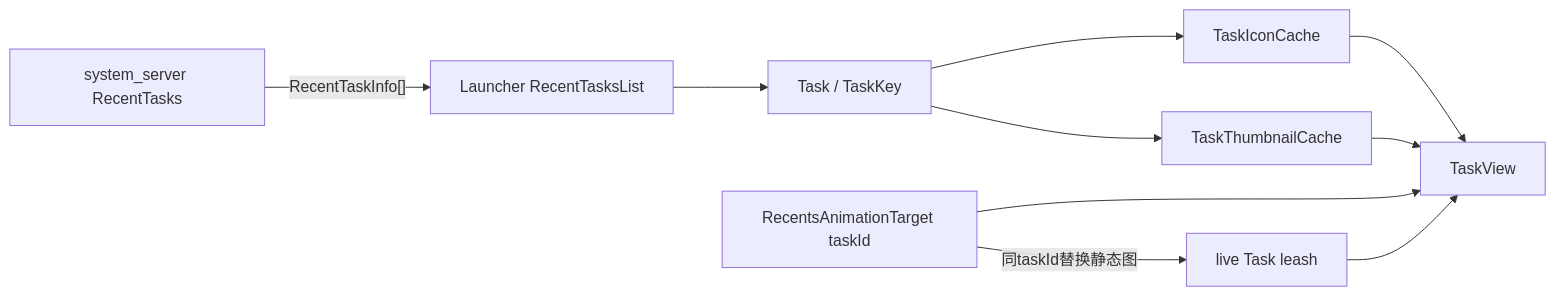
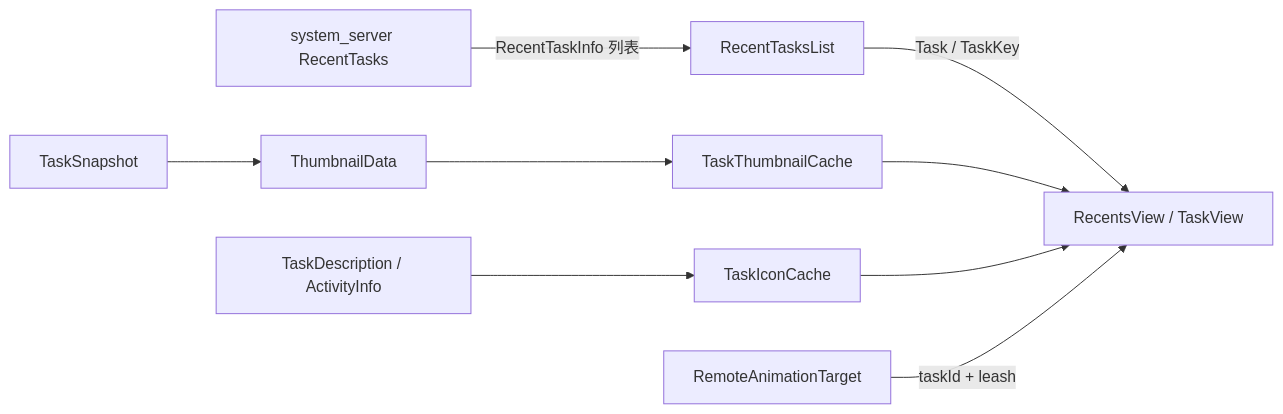
Before and after one commit to junyingzhao001/StudyNotes: the first of 4 diagrams in Android源码学习/227-AndroidRecentTasksTaskKeyThumbnailData与Overview任务数据加载.md, drawn with Mermaid. The commit also changed other lines of this file and 116 other files, not shown here.

````diff
--- a/Android源码学习/227-AndroidRecentTasksTaskKeyThumbnailData与Overview任务数据加载.md
+++ b/Android源码学习/227-AndroidRecentTasksTaskKeyThumbnailData与Overview任务数据加载.md
@@ -22,12 +40,11 @@
 ```mermaid
 flowchart LR
-    S["system_server RecentTasks"] -->|"RecentTaskInfo[]"| L["Launcher RecentTasksList"]
-    L --> T["Task / TaskKey"]
-    T --> I["TaskIconCache"]
-    T --> H["TaskThumbnailCache"]
-    I --> V["TaskView"]
-    H --> V
-    R["RecentsAnimationTarget taskId"] --> V
-    R -->|"同taskId替换静态图"| LIVE["live Task leash"]
-    LIVE --> V
+    RT["system_server RecentTasks"] -->|"RecentTaskInfo 列表"| RTL["RecentTasksList"]
+    RTL -->|"Task / TaskKey"| RV["RecentsView / TaskView"]
+    SS["TaskSnapshot"] --> TD["ThumbnailData"]
+    TD --> TC["TaskThumbnailCache"]
+    TC --> RV
+    PM["TaskDescription / ActivityInfo"] --> IC["TaskIconCache"]
+    IC --> RV
+    RAT["RemoteAnimationTarget"] -->|"taskId + leash"| RV
 ```
````
